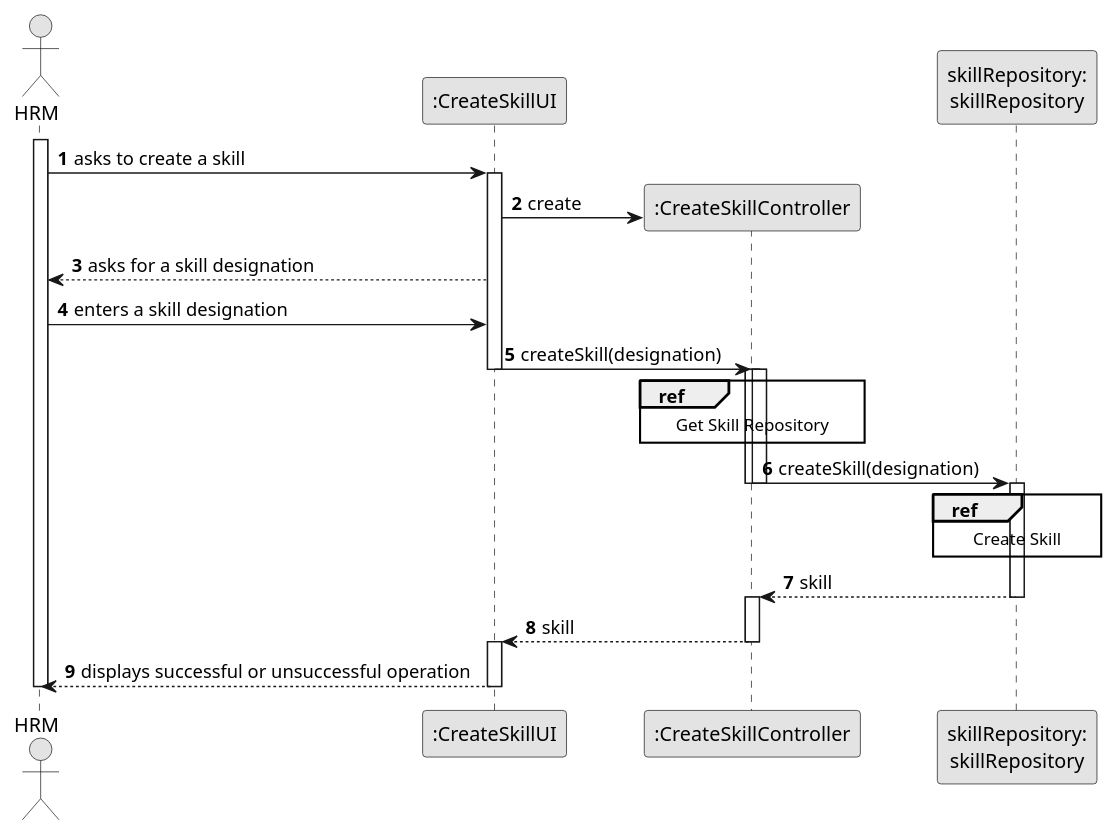
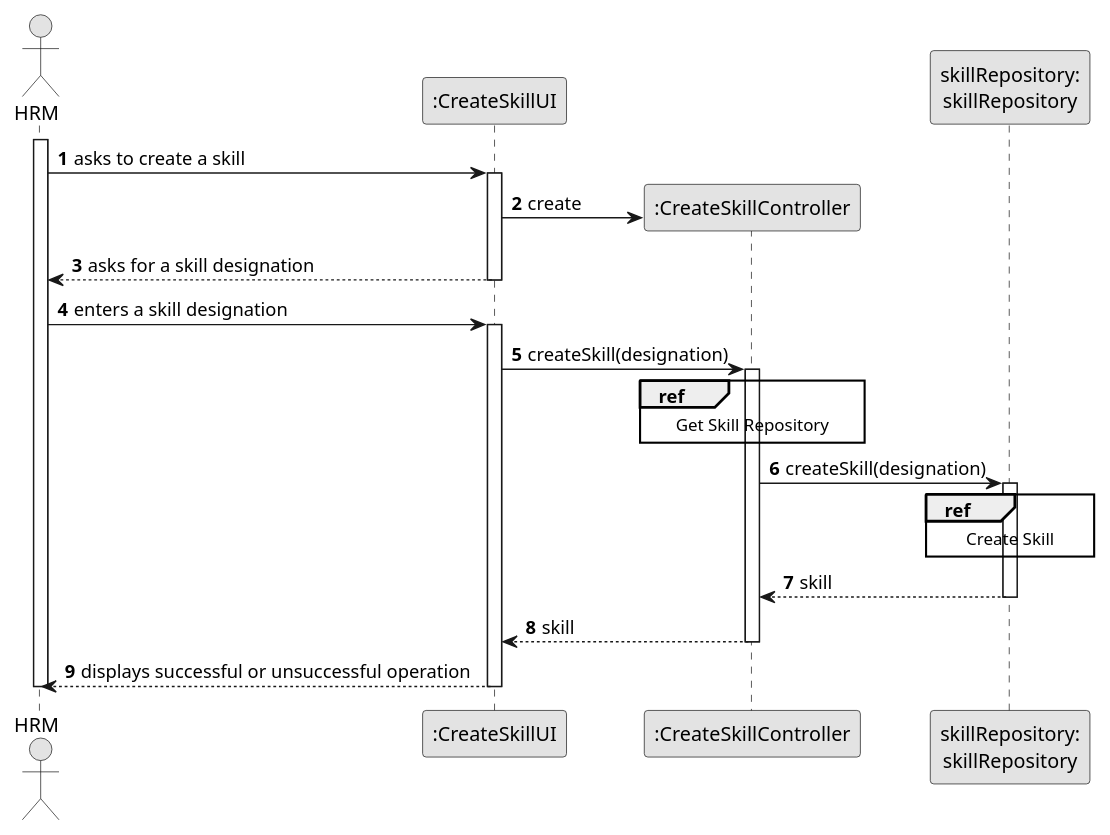
The diagram in docs/sprintB/us001/03.design/puml/us001-sequence-diagram-split.puml (ricardomm7/leaflink), drawn with PlantUML before and after one commit. The commit also changed 6 other files, not shown here.

```diff
--- a/docs/sprintB/us001/03.design/puml/us001-sequence-diagram-split.puml
+++ b/docs/sprintB/us001/03.design/puml/us001-sequence-diagram-split.puml
@@ -1,55 +1,52 @@
 @startuml
 skinparam monochrome true
 skinparam packageStyle rectangle
 skinparam shadowing false
 
 autonumber
 
 actor "HRM" as HRM
 participant ":CreateSkillUI" as UI
 participant ":CreateSkillController" as CTRL
 participant "skillRepository:\nskillRepository" as skillRepository
 
 activate HRM
 
 HRM ->UI : asks to create a skill
 activate UI
 
 UI -> CTRL** : create
 
 UI --> HRM : asks for a skill designation
+deactivate UI
+
 HRM -> UI : enters a skill designation
+activate UI
 
 UI->CTRL : createSkill(designation)
-deactivate UI
 activate CTRL
 
-activate CTRL
 ref over CTRL
 Get Skill Repository
 end ref
 
 CTRL -> skillRepository : createSkill(designation)
-deactivate CTRL
-deactivate CTRL
 
-    activate skillRepository
+activate skillRepository
 ref over skillRepository
 Create Skill
 end ref
 
     CTRL <-- skillRepository : skill
     deactivate skillRepository
-    activate CTRL
 
 
 
     CTRL --> UI : skill
     deactivate CTRL
-    activate UI
 
 
     UI --> HRM : displays successful or unsuccessful operation
     deactivate UI
 deactivate HRM
 @enduml
```
